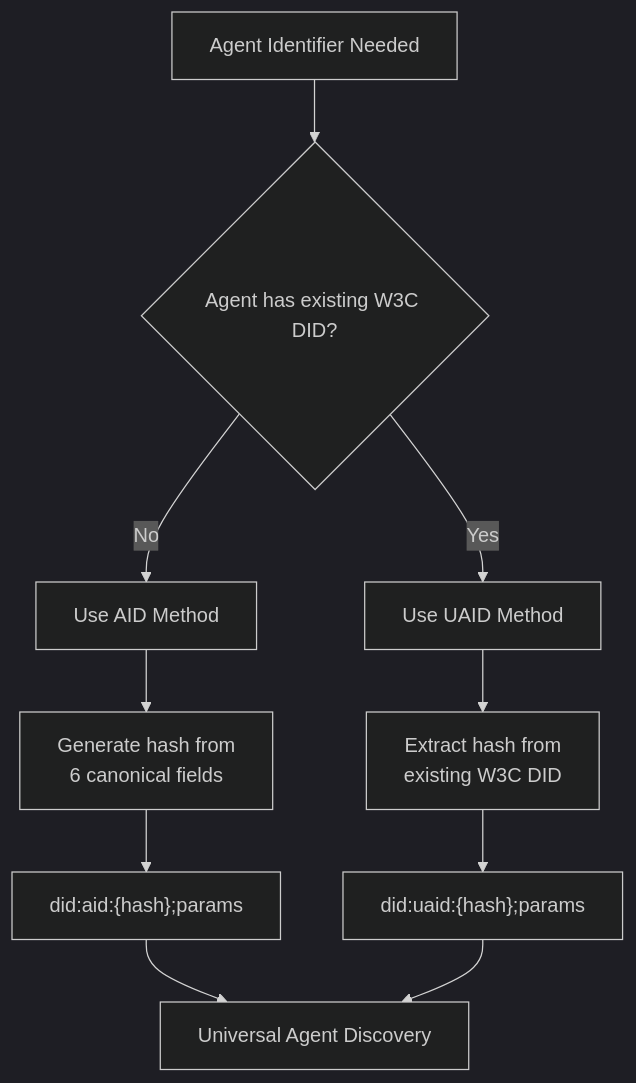
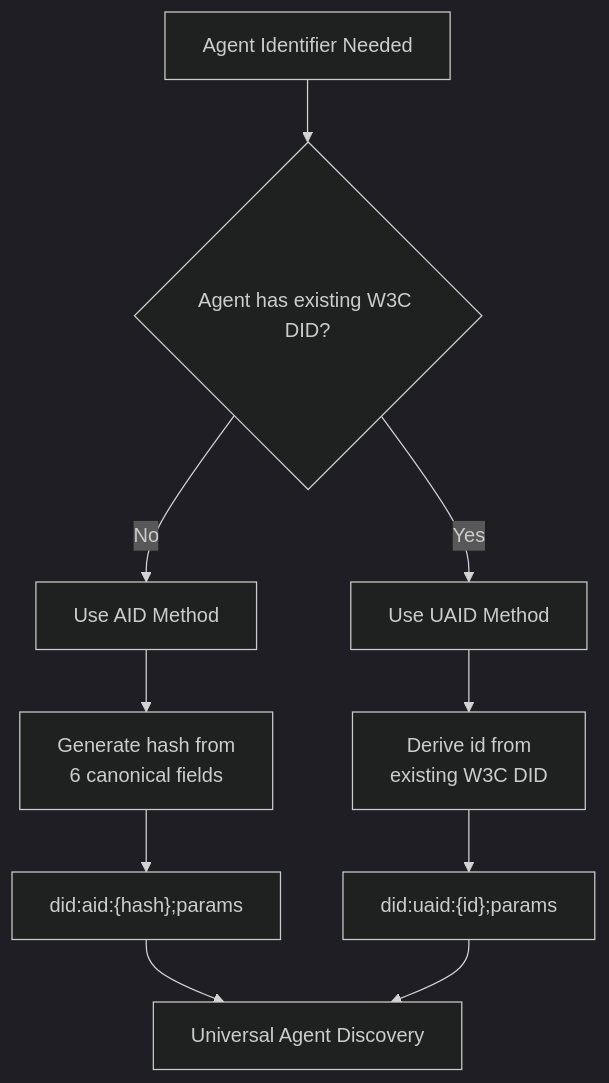
The diagram in docs/standards/hcs-14.md (hashgraph-online/hcs-improvement-proposals), drawn with Mermaid (dark theme) before and after one commit. The commit also changed other lines of this file, not shown here.

````diff
--- a/docs/standards/hcs-14.md
+++ b/docs/standards/hcs-14.md
@@ -202,15 +219,15 @@
 ```mermaid
 flowchart TD
     A["Agent Identifier Needed"] --> B{"Agent has existing W3C DID?"}
     B -->|No| C["Use AID Method"]
     B -->|Yes| D["Use UAID Method"]
 
     C --> E["Generate hash from<br/>6 canonical fields"]
     E --> F["did:aid:{hash};params"]
 
-    D --> G["Extract hash from<br/>existing W3C DID"]
-    G --> H["did:uaid:{hash};params"]
+    D --> G["Derive id from<br/>existing W3C DID"]
+    G --> H["did:uaid:{id};params"]
 
     F --> I["Universal Agent Discovery"]
     H --> I
 ```
````
